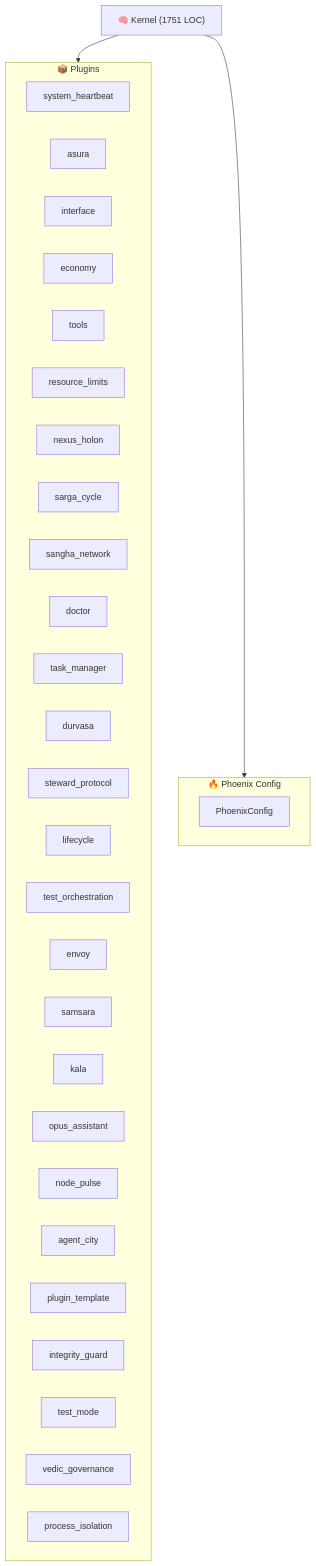
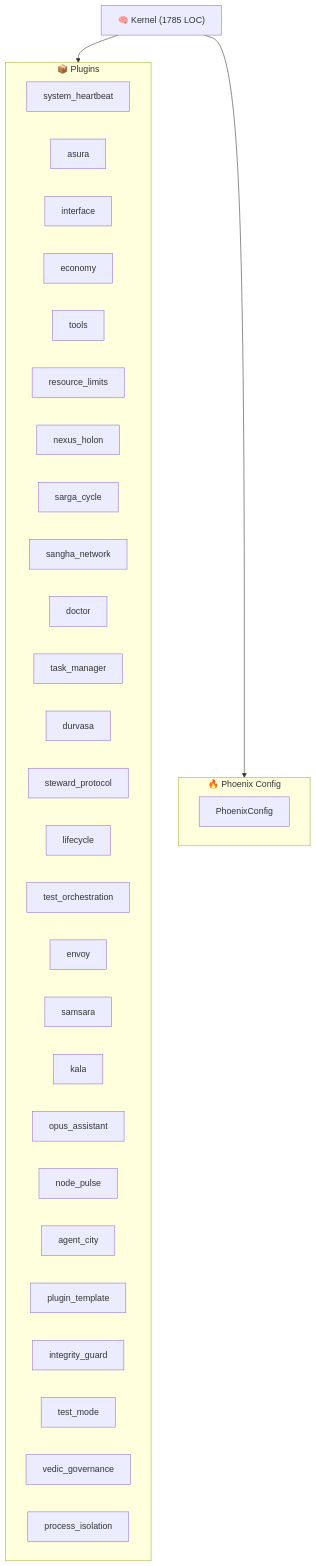
The diagram in ARCHITECTURE.md (kimeisele/steward-protocol), drawn with Mermaid before and after one commit. The commit also changed other lines of this file and 19 other files, not shown here.

````diff
--- a/ARCHITECTURE.md
+++ b/ARCHITECTURE.md
@@ -8,37 +8,37 @@
 ```mermaid
 graph TB
-    K["🧠 Kernel (1751 LOC)"]
+    K["🧠 Kernel (1785 LOC)"]
     subgraph Plugins["📦 Plugins"]
         P_system_heartbeat["system_heartbeat"]
         P_asura["asura"]
         P_interface["interface"]
         P_economy["economy"]
         P_tools["tools"]
         P_resource_limits["resource_limits"]
         P_nexus_holon["nexus_holon"]
         P_sarga_cycle["sarga_cycle"]
         P_sangha_network["sangha_network"]
         P_doctor["doctor"]
         P_task_manager["task_manager"]
         P_durvasa["durvasa"]
         P_steward_protocol["steward_protocol"]
         P_lifecycle["lifecycle"]
         P_test_orchestration["test_orchestration"]
         P_envoy["envoy"]
         P_samsara["samsara"]
         P_kala["kala"]
         P_opus_assistant["opus_assistant"]
         P_node_pulse["node_pulse"]
         P_agent_city["agent_city"]
         P_plugin_template["plugin_template"]
         P_integrity_guard["integrity_guard"]
         P_test_mode["test_mode"]
         P_vedic_governance["vedic_governance"]
         P_process_isolation["process_isolation"]
     end
     K --> Plugins
     subgraph Config["🔥 Phoenix Config"]
         PC[PhoenixConfig]
     end
     K --> Config
 ```
````
